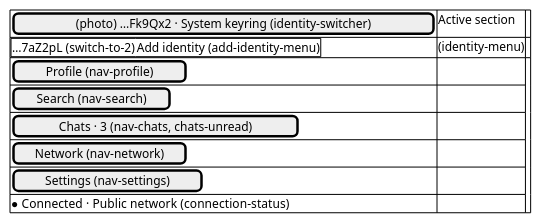
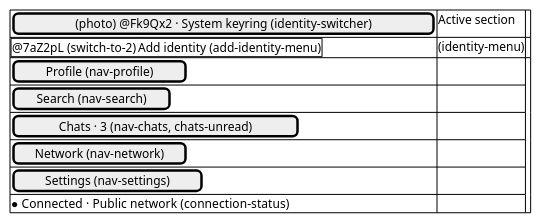
The fifth of 15 diagrams in docs/design/desktop-screens.md (abbat/dyapp), drawn with PlantUML before and after one commit. The commit also changed other lines of this file and 2 other files, not shown here.

````diff
--- a/docs/design/desktop-screens.md
+++ b/docs/design/desktop-screens.md
@@ -85,14 +85,14 @@
 ```plantuml
 @startsalt
 {#
-[(photo) …Fk9Qx2 · System keyring (identity-switcher)] | Active section
-{+ …7aZ2pL (switch-to-2) | Add identity (add-identity-menu) } (identity-menu) | .
+[(photo) @Fk9Qx2 · System keyring (identity-switcher)] | Active section
+{+ @7aZ2pL (switch-to-2) | Add identity (add-identity-menu) } (identity-menu) | .
 [Profile (nav-profile)] | .
 [Search (nav-search)] | .
 [Chats · 3 (nav-chats, chats-unread)] | .
 [Network (nav-network)] | .
 [Settings (nav-settings)] | .
 ● Connected · Public network (connection-status) | .
 }
 @endsalt
 ```
````
